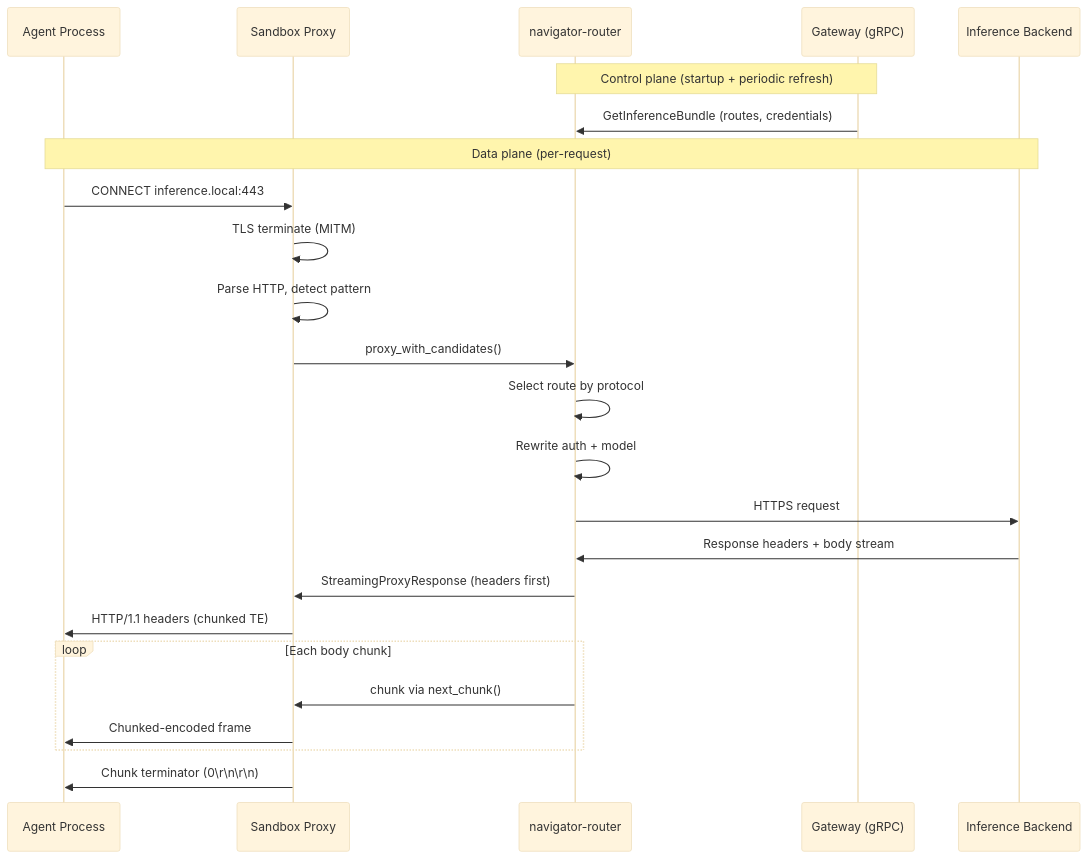
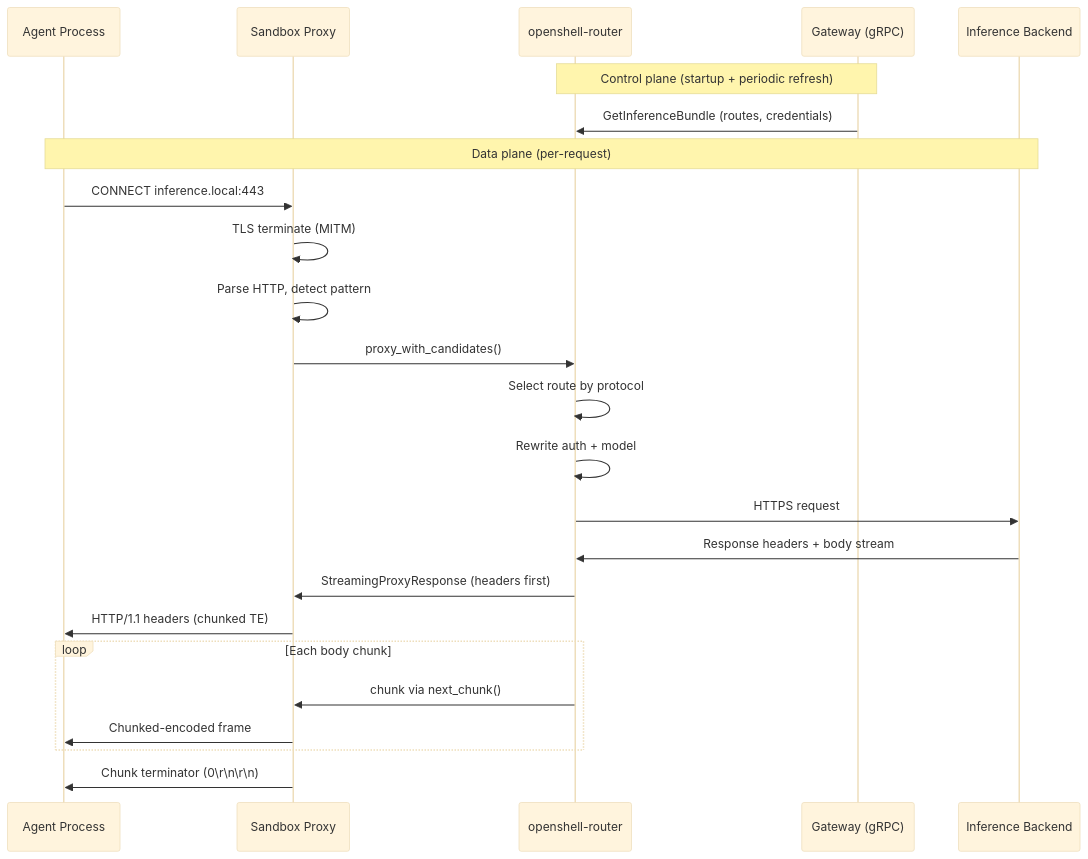
One commit to NVIDIA/OpenShell changed the diagram in architecture/inference-routing.md. Above: the diagram before and after it, drawn with Mermaid (base theme). The commit also changed other lines of this file and 283 other files, not shown here.

First line of the commit message:
refactor: rename navigator- crate prefix to openshell-

````diff
--- a/architecture/inference-routing.md
+++ b/architecture/inference-routing.md
@@ -9,28 +9,28 @@
 ```mermaid
 sequenceDiagram
     participant Agent as Agent Process
     participant Proxy as Sandbox Proxy
-    participant Router as navigator-router
+    participant Router as openshell-router
     participant Gateway as Gateway (gRPC)
     participant Backend as Inference Backend
 
     Note over Gateway,Router: Control plane (startup + periodic refresh)
     Gateway->>Router: GetInferenceBundle (routes, credentials)
 
     Note over Agent,Backend: Data plane (per-request)
     Agent->>Proxy: CONNECT inference.local:443
     Proxy->>Proxy: TLS terminate (MITM)
     Proxy->>Proxy: Parse HTTP, detect pattern
     Proxy->>Router: proxy_with_candidates()
     Router->>Router: Select route by protocol
     Router->>Router: Rewrite auth + model
     Router->>Backend: HTTPS request
     Backend->>Router: Response headers + body stream
     Router->>Proxy: StreamingProxyResponse (headers first)
     Proxy->>Agent: HTTP/1.1 headers (chunked TE)
     loop Each body chunk
         Router->>Proxy: chunk via next_chunk()
         Proxy->>Agent: Chunked-encoded frame
     end
     Proxy->>Agent: Chunk terminator (0\r\n\r\n)
 ```
````
